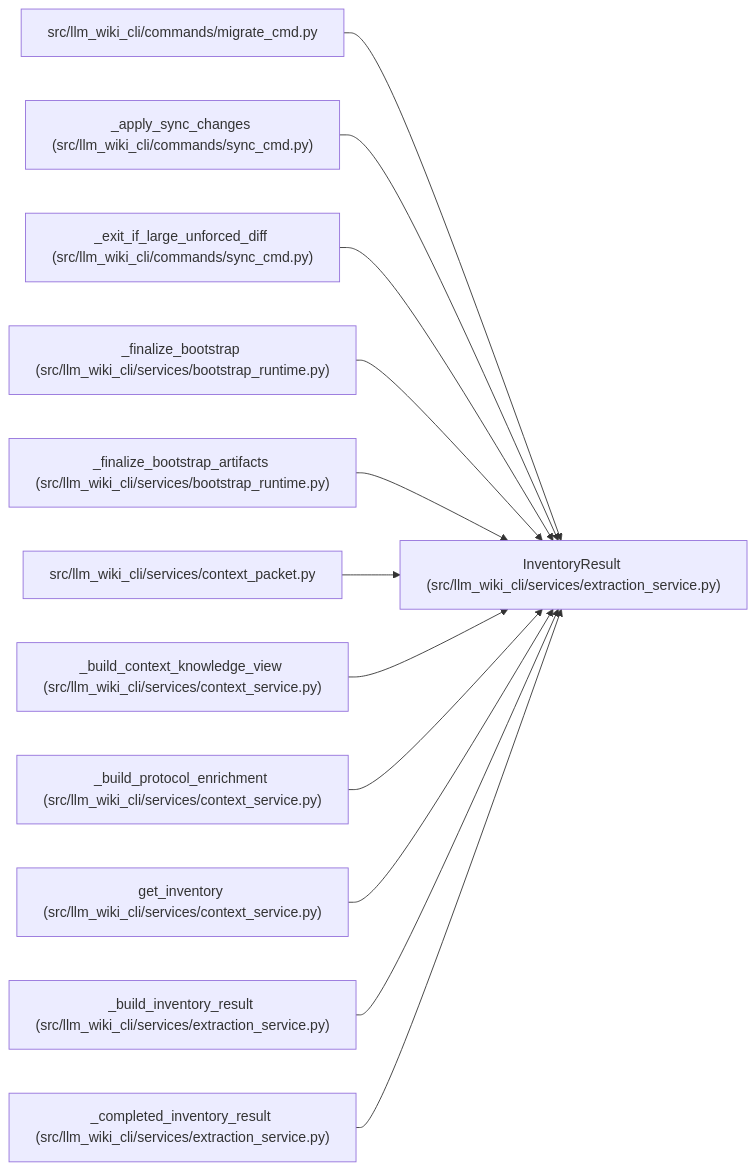
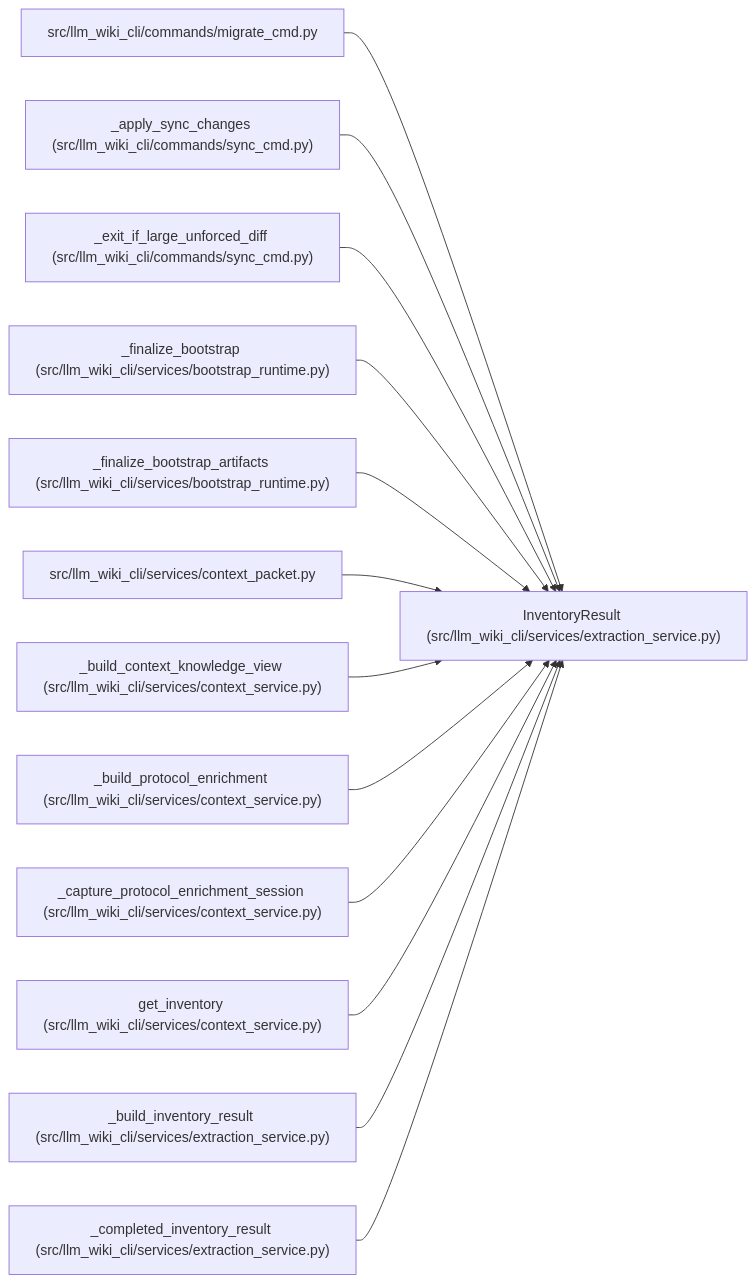
The diagram in docs/llm_wiki/entities/InventoryResult.md (Denissvgn/python-wiki-llm), drawn with Mermaid before and after one commit. The commit also changed other lines of this file and 364 other files, not shown here.

````diff
--- a/docs/llm_wiki/entities/InventoryResult.md
+++ b/docs/llm_wiki/entities/InventoryResult.md
@@ -45,38 +45,41 @@
 ```mermaid
 flowchart LR
     n0["InventoryResult (src/llm_wiki_cli/services/extraction_service.py)"]
     n1["src/llm_wiki_cli/commands/migrate_cmd.py"]
     n2["_apply_sync_changes (src/llm_wiki_cli/commands/sync_cmd.py)"]
     n3["_exit_if_large_unforced_diff (src/llm_wiki_cli/commands/sync_cmd.py)"]
     n4["_finalize_bootstrap (src/llm_wiki_cli/services/bootstrap_runtime.py)"]
     n5["_finalize_bootstrap_artifacts (src/llm_wiki_cli/services/bootstrap_runtime.py)"]
     n6["src/llm_wiki_cli/services/context_packet.py"]
     n7["_build_context_knowledge_view (src/llm_wiki_cli/services/context_service.py)"]
     n8["_build_protocol_enrichment (src/llm_wiki_cli/services/context_service.py)"]
-    n9["get_inventory (src/llm_wiki_cli/services/context_service.py)"]
-    n10["_build_inventory_result (src/llm_wiki_cli/services/extraction_service.py)"]
-    n11["_completed_inventory_result (src/llm_wiki_cli/services/extraction_service.py)"]
+    n9["_capture_protocol_enrichment_session (src/llm_wiki_cli/services/context_service.py)"]
+    n10["get_inventory (src/llm_wiki_cli/services/context_service.py)"]
+    n11["_build_inventory_result (src/llm_wiki_cli/services/extraction_service.py)"]
+    n12["_completed_inventory_result (src/llm_wiki_cli/services/extraction_service.py)"]
     n1 --> n0
     n2 --> n0
     n3 --> n0
     n4 --> n0
     n5 --> n0
     n6 --> n0
     n7 --> n0
     n8 --> n0
     n9 --> n0
     n10 --> n0
     n11 --> n0
+    n12 --> n0
     click n0 "../modules/extraction_service.md"
     click n1 "../modules/migrate_cmd.md"
     click n2 "../modules/sync_cmd.md"
     click n3 "../modules/sync_cmd.md"
     click n4 "../modules/bootstrap_runtime.md"
     click n5 "../modules/bootstrap_runtime.md"
     click n6 "../modules/context_packet.md"
     click n7 "../modules/context_service.md"
     click n8 "../modules/context_service.md"
     click n9 "../modules/context_service.md"
-    click n10 "../modules/extraction_service.md"
+    click n10 "../modules/context_service.md"
     click n11 "../modules/extraction_service.md"
+    click n12 "../modules/extraction_service.md"
 ```
````
